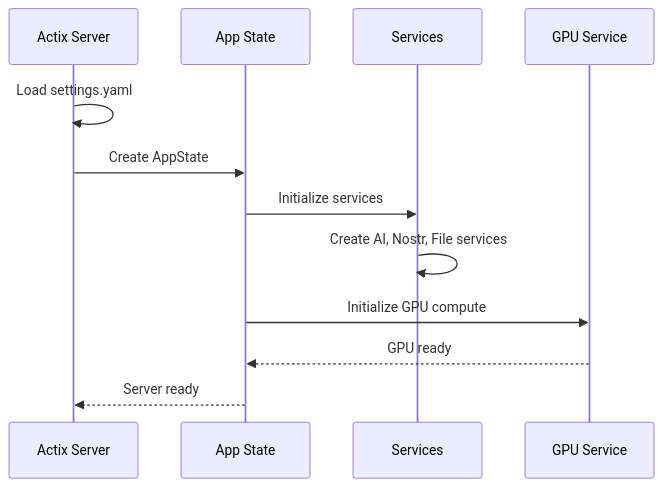
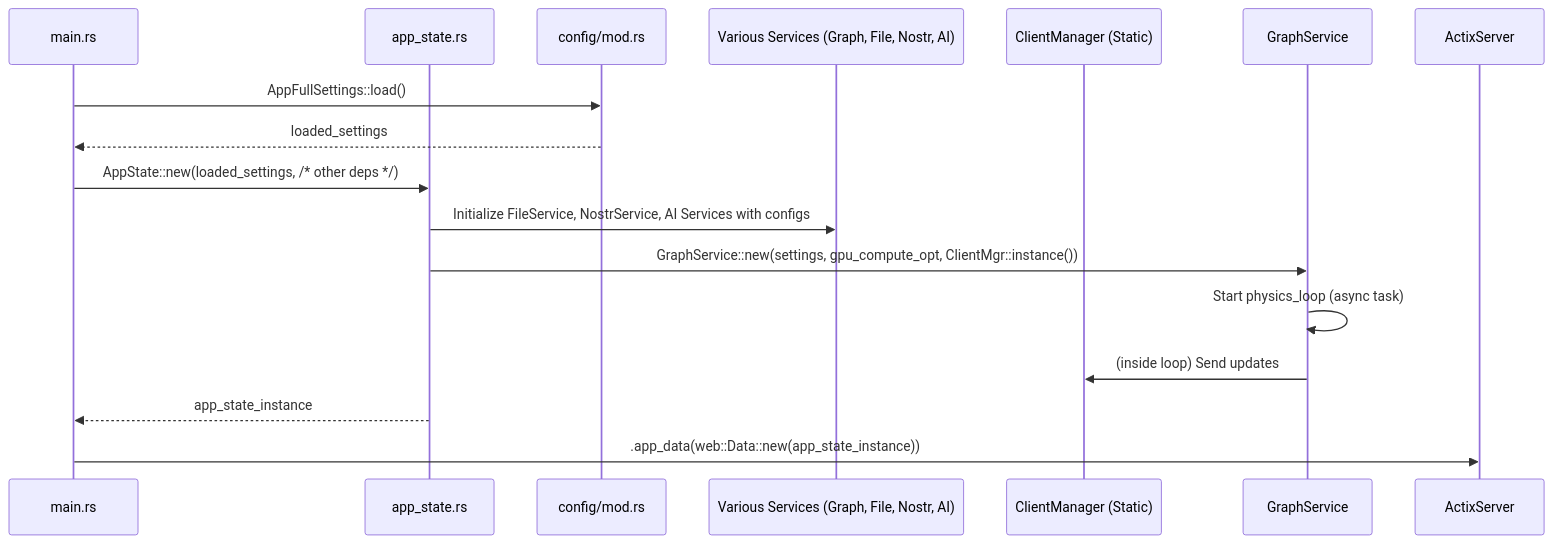
Before and after one commit to DreamLab-AI/VisionFlow: the third of 9 diagrams in README.md, drawn with Mermaid. The commit also changed other lines of this file and 22 other files, not shown here.

````diff
--- a/README.md
+++ b/README.md
@@ -320,15 +292,19 @@
 ```mermaid
 sequenceDiagram
-    participant Server as Actix Server
-    participant AppState as App State
-    participant Services as Services
-    participant GPU as GPU Service
-
-    Server->>Server: Load settings.yaml
-    Server->>AppState: Create AppState
-    AppState->>Services: Initialize services
-    Services->>Services: Create AI, Nostr, File services
-    AppState->>GPU: Initialize GPU compute
-    GPU-->>AppState: GPU ready
-    AppState-->>Server: Server ready
+    participant Main as main.rs
+    participant AppStateMod as app_state.rs
+    participant ConfigMod as config/mod.rs
+    participant Services as Various Services (Graph, File, Nostr, AI)
+    participant ClientMgr as ClientManager (Static)
+    participant GraphSvc as GraphService
+    
+    Main->>ConfigMod: AppFullSettings::load()
+    ConfigMod-->>Main: loaded_settings
+    Main->>AppStateMod: AppState::new(loaded_settings, /* other deps */)
+    AppStateMod->>Services: Initialize FileService, NostrService, AI Services with configs
+    AppStateMod->>GraphSvc: GraphService::new(settings, gpu_compute_opt, ClientMgr::instance())
+    GraphSvc->>GraphSvc: Start physics_loop (async task)
+    GraphSvc->>ClientMgr: (inside loop) Send updates
+    AppStateMod-->>Main: app_state_instance
+    Main->>ActixServer: .app_data(web::Data::new(app_state_instance))
 ```
````
